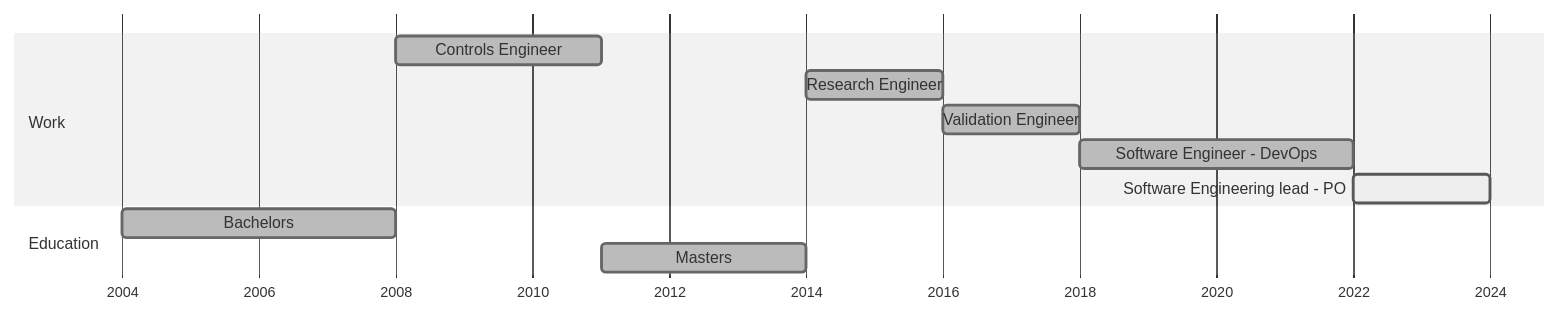
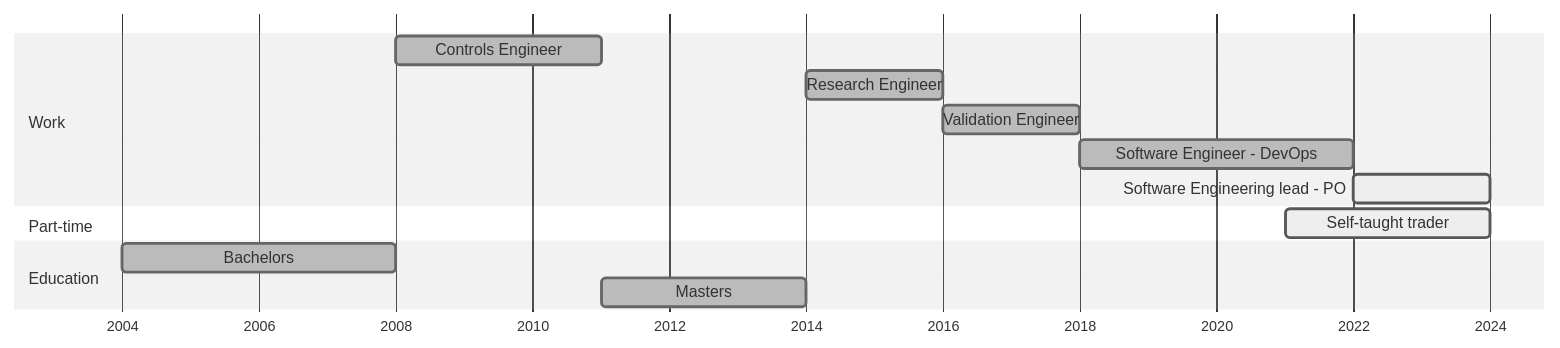
Before and after one commit to kar-ven/kar-ven.github.io: the diagram in README.md, drawn with Mermaid (neutral theme).

Commit message:
update gantt with trader profile

```diff
--- a/README.md
+++ b/README.md
@@ -2,15 +2,17 @@
 <pre class="mermaid">
 gantt
     dateFormat YYYY
     axisFormat %Y
     todayMarker stroke-width:2px, stroke-linecap:round, stroke-dasharray:10, stroke:black, opacity:0.3
     section Work
     Controls Engineer                  :done, 2008, 2011
     Research Engineer                  :done, 2014, 2016
     Validation Engineer                :done, 2016, 2018
     Software Engineer - DevOps         :done, 2018, 2022
     Software Engineering lead - PO     :active, 2022, 2024
+    Section Part-time
+    Self-taught trader                 :active, 2021, 2024
     Section Education
     Bachelors                          :done, 2004, 2008
     Masters                            :done, 2011, 2014
 </pre>
```
